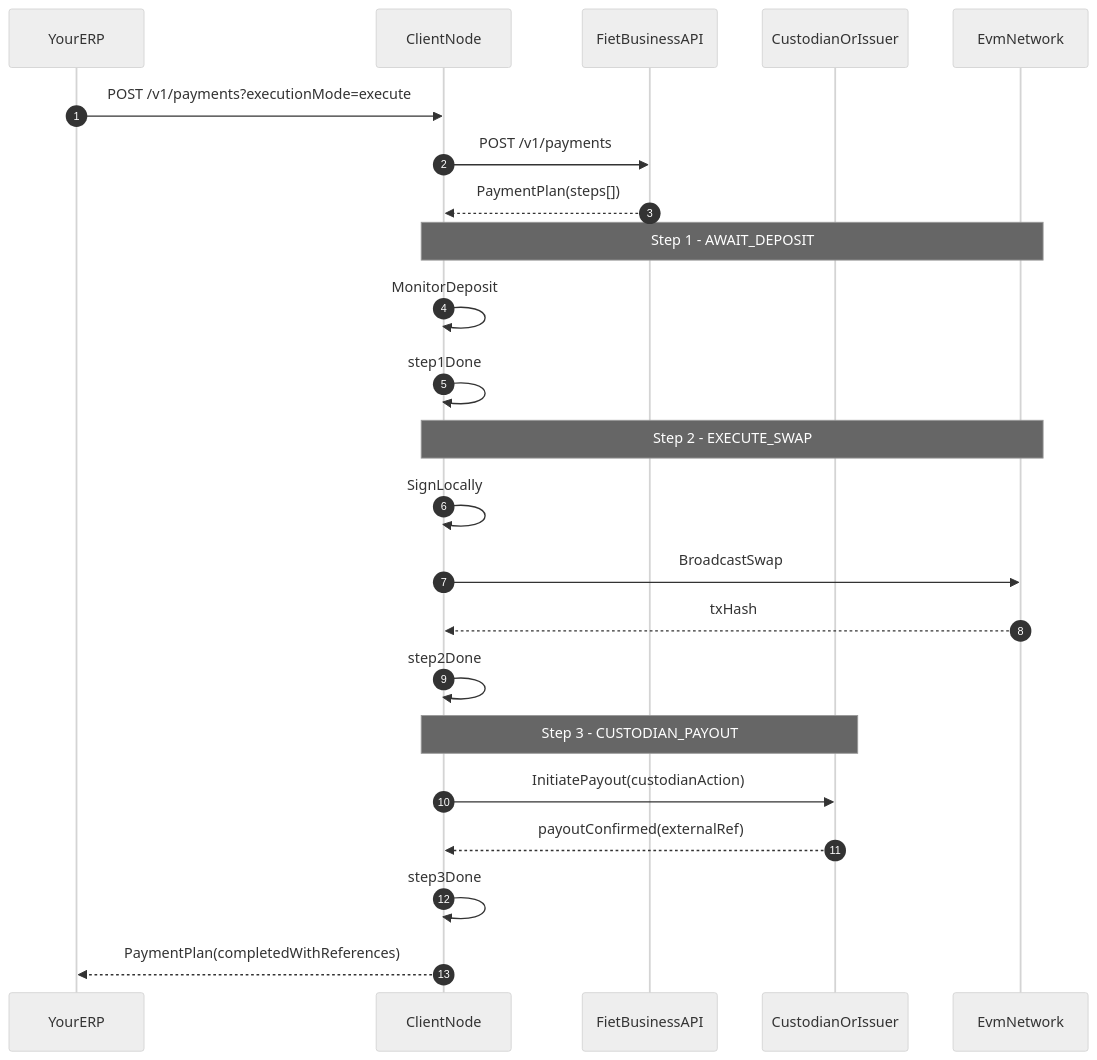
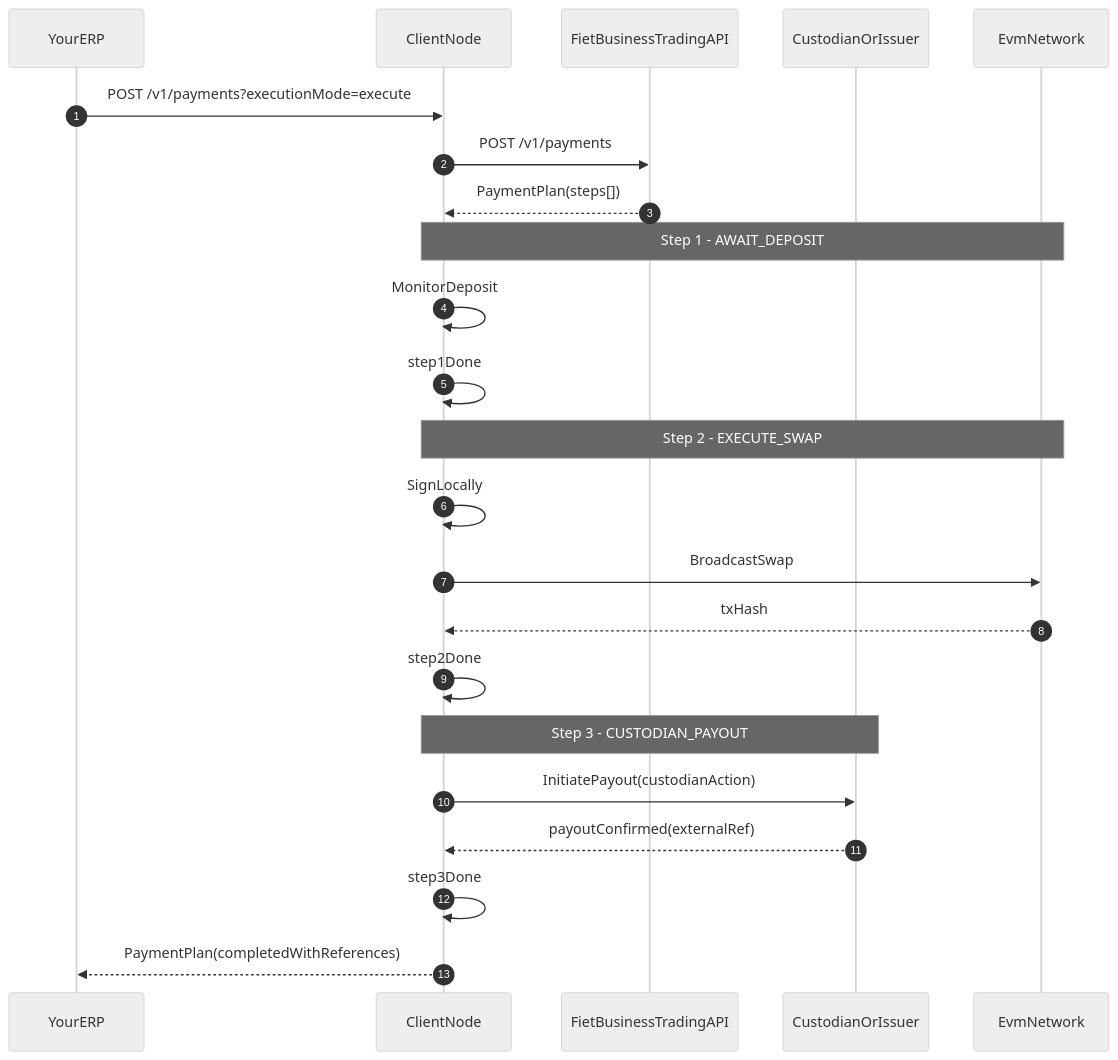
One commit to usherlabs/fiet-public changed the fourth of 5 diagrams in docs/web/business/architecture.mdx. Above: the diagram before and after it, drawn with Mermaid (neutral theme). The commit also changed other lines of this file and 10 other files, not shown here.

Commit message:
rename business api to trading api

````diff
--- a/docs/web/business/architecture.mdx
+++ b/docs/web/business/architecture.mdx
@@ -99,30 +99,30 @@
 ```mermaid
 sequenceDiagram
     autonumber
     participant ERP as YourERP
     participant CN as ClientNode
-    participant BA as FietBusinessAPI
+    participant BA as FietBusinessTradingAPI
     participant Cust as CustodianOrIssuer
     participant Chain as EvmNetwork
 
     ERP->>CN: POST /v1/payments?executionMode=execute
     CN->>BA: POST /v1/payments
     BA-->>CN: PaymentPlan(steps[])
 
     Note over CN,Chain: Step 1 - AWAIT_DEPOSIT
     CN->>CN: MonitorDeposit
     CN->>CN: step1Done
 
     Note over CN,Chain: Step 2 - EXECUTE_SWAP
     CN->>CN: SignLocally
     CN->>Chain: BroadcastSwap
     Chain-->>CN: txHash
     CN->>CN: step2Done
 
     Note over CN,Cust: Step 3 - CUSTODIAN_PAYOUT
     CN->>Cust: InitiatePayout(custodianAction)
     Cust-->>CN: payoutConfirmed(externalRef)
     CN->>CN: step3Done
 
     CN-->>ERP: PaymentPlan(completedWithReferences)
 ```
````
